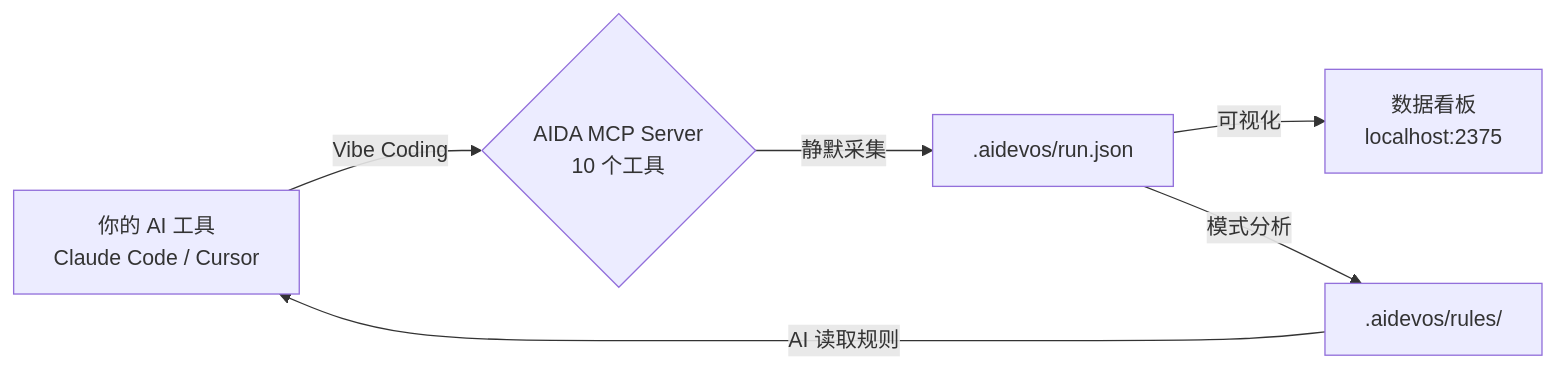
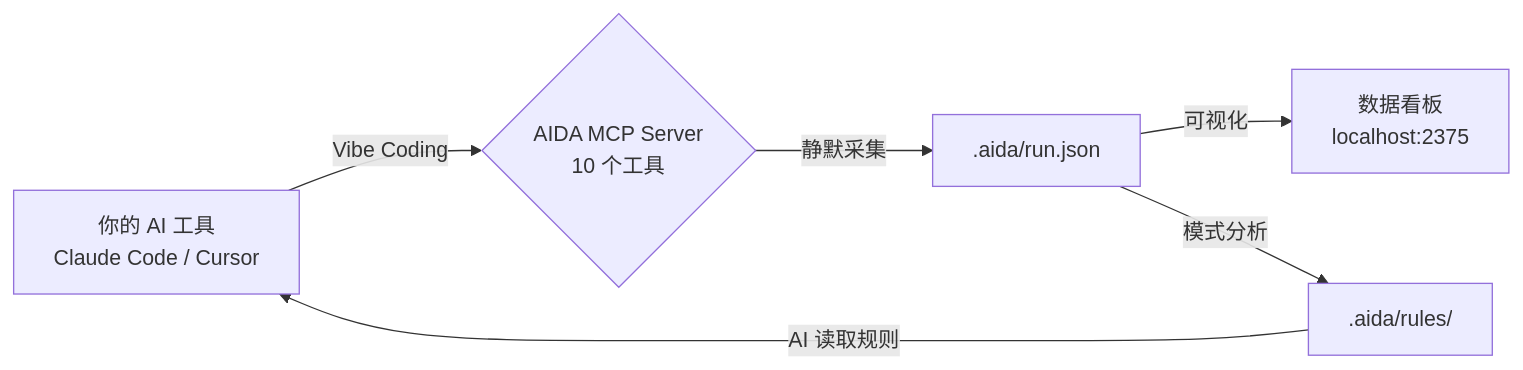
One commit to LWTlong/aida changed the diagram in README.zh-CN.md. Above: the diagram before and after it, drawn with Mermaid. The commit also changed other lines of this file and 63 other files, not shown here.

````diff
--- a/README.zh-CN.md
+++ b/README.zh-CN.md
@@ -257,8 +265,8 @@
 ```mermaid
 flowchart LR
     A["你的 AI 工具\nClaude Code / Cursor"] -->|Vibe Coding| B{"AIDA MCP Server\n10 个工具"}
-    B -->|静默采集| C[".aidevos/run.json"]
+    B -->|静默采集| C[".aida/run.json"]
     C -->|可视化| D["数据看板\nlocalhost:2375"]
-    C -->|模式分析| E[".aidevos/rules/"]
+    C -->|模式分析| E[".aida/rules/"]
     E -->|AI 读取规则| A
 ```
````
